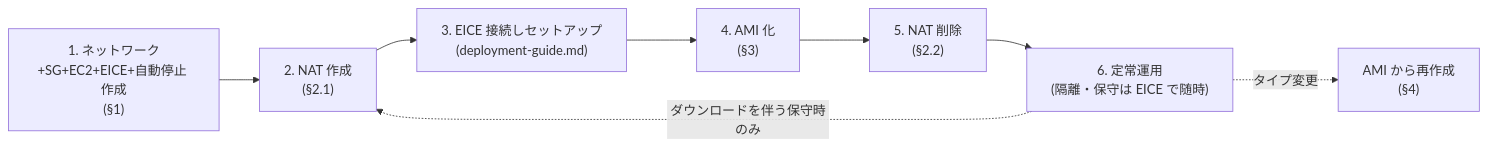
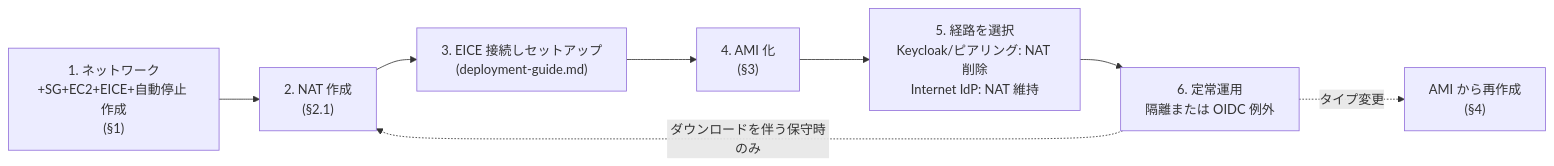
Before and after one commit to irimura/rag-system: the second of 2 diagrams in docs/aws-provisioning.md, drawn with Mermaid. The commit also changed other lines of this file and 7 other files, not shown here.

````diff
--- a/docs/aws-provisioning.md
+++ b/docs/aws-provisioning.md
@@ -547,10 +614,10 @@
 ```mermaid
 flowchart LR
     N["1. ネットワーク+SG+EC2+EICE+自動停止 作成<br/>(§1)"] --> NAT1["2. NAT 作成<br/>(§2.1)"]
     NAT1 --> S["3. EICE 接続しセットアップ<br/>(deployment-guide.md)"]
     S --> AMI["4. AMI 化<br/>(§3)"]
-    AMI --> NAT2["5. NAT 削除<br/>(§2.2)"]
-    NAT2 --> RUN["6. 定常運用<br/>(隔離・保守は EICE で随時)"]
+    AMI --> NAT2["5. 経路を選択<br/>Keycloak/ピアリング: NAT 削除<br/>Internet IdP: NAT 維持"]
+    NAT2 --> RUN["6. 定常運用<br/>隔離または OIDC 例外"]
     RUN -.->|"ダウンロードを伴う保守時のみ"| NAT1
     RUN -.->|"タイプ変更"| CH["AMI から再作成<br/>(§4)"]
 ```
````
